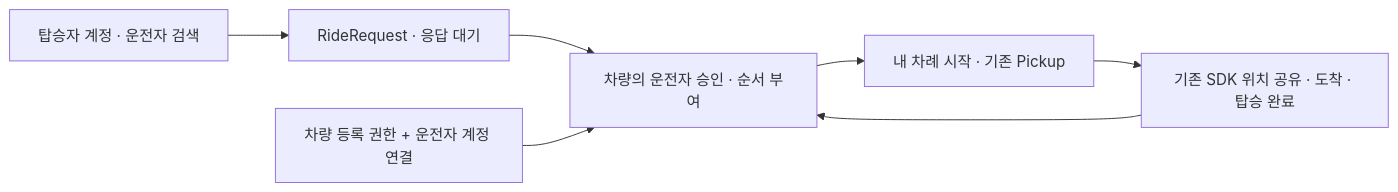
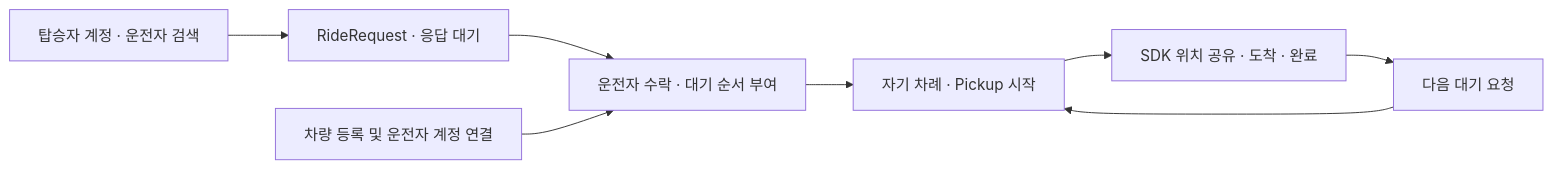
Before and after one commit to majung-team/majung-backend: the diagram in docs/ride-requests.md, drawn with Mermaid. The commit also changed other lines of this file, not shown here.

````diff
--- a/docs/ride-requests.md
+++ b/docs/ride-requests.md
@@ -69,9 +630,11 @@
 ```mermaid
 flowchart LR
-    P[탑승자 계정 · 운전자 검색] --> R[RideRequest · 응답 대기]
-    R --> Q[차량의 운전자 승인 · 순서 부여]
-    Q --> A[내 차례 시작 · 기존 Pickup]
-    A --> S[기존 SDK 위치 공유 · 도착 · 탑승 완료]
-    S --> Q
-    V[차량 등록 권한 + 운전자 계정 연결] --> Q
+    P["탑승자 계정 · 운전자 검색"] --> R["RideRequest · 응답 대기"]
+    R --> Q["운전자 수락 · 대기 순서 부여"]
+    Q --> A["자기 차례 · Pickup 시작"]
+    A --> S["SDK 위치 공유 · 도착 · 완료"]
+    S --> N["다음 대기 요청"]
+    N --> A
+
+    V["차량 등록 및 운전자 계정 연결"] --> Q
 ```
````
